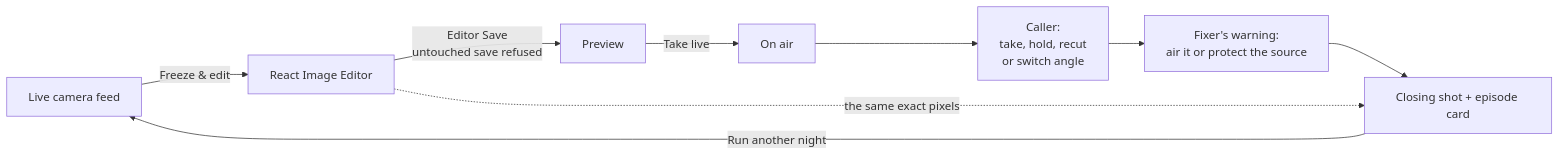
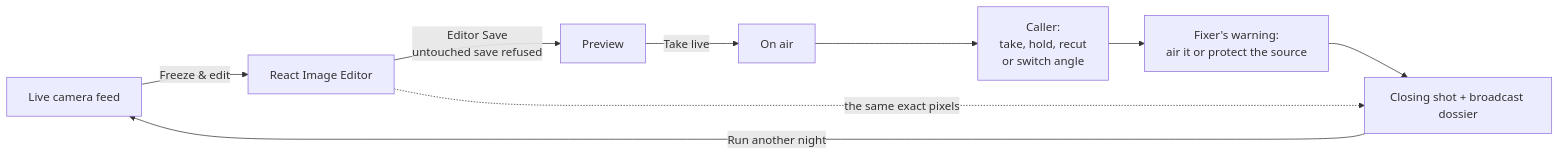
The diagram in README.md (adityasarade/dead-air-coast), drawn with Mermaid before and after one commit. The commit also changed other lines of this file and 7 other files, not shown here.

````diff
--- a/README.md
+++ b/README.md
@@ -48,11 +48,11 @@
 ```mermaid
 flowchart LR
   A[Live camera feed] -->|Freeze & edit| B[React Image Editor]
   B -->|Editor Save<br/>untouched save refused| C[Preview]
   C -->|Take live| D[On air]
   D --> E[Caller:<br/>take, hold, recut<br/>or switch angle]
   E --> F[Fixer's warning:<br/>air it or protect the source]
-  F --> G[Closing shot + episode card]
+  F --> G[Closing shot + broadcast dossier]
   G -->|Run another night| A
   B -.->|the same exact pixels| G
 ```
````
